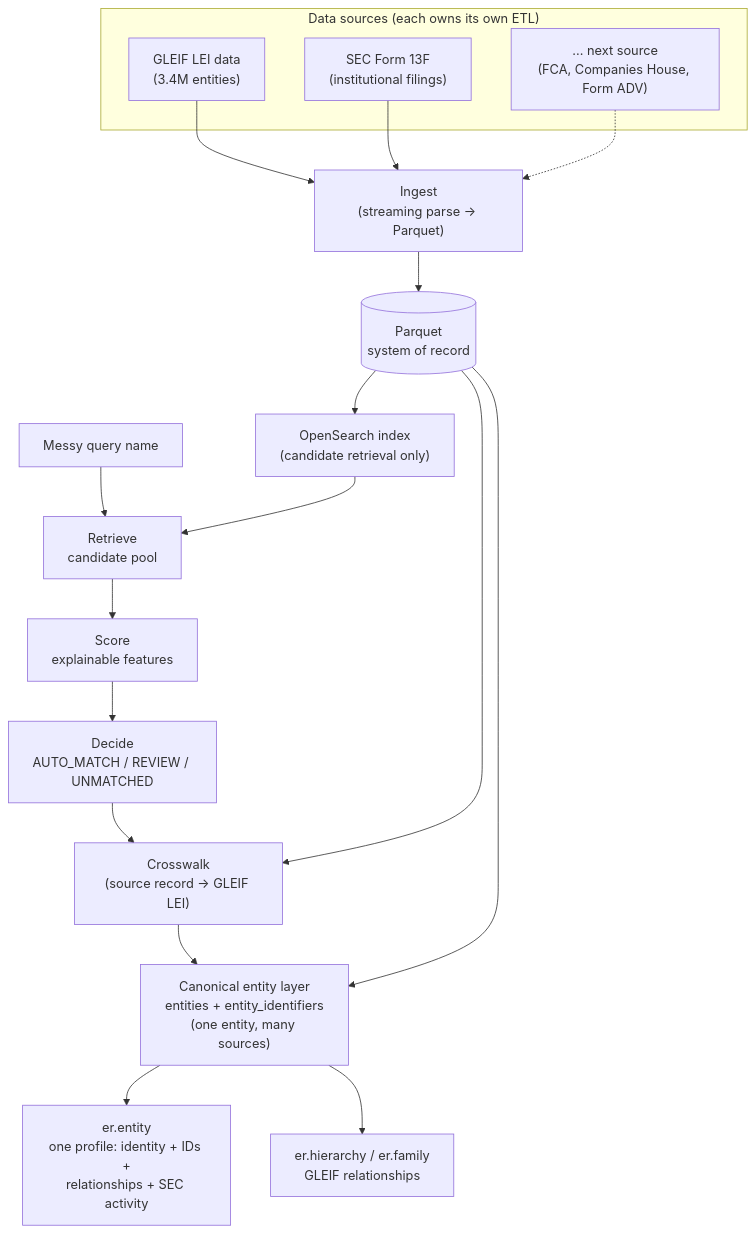
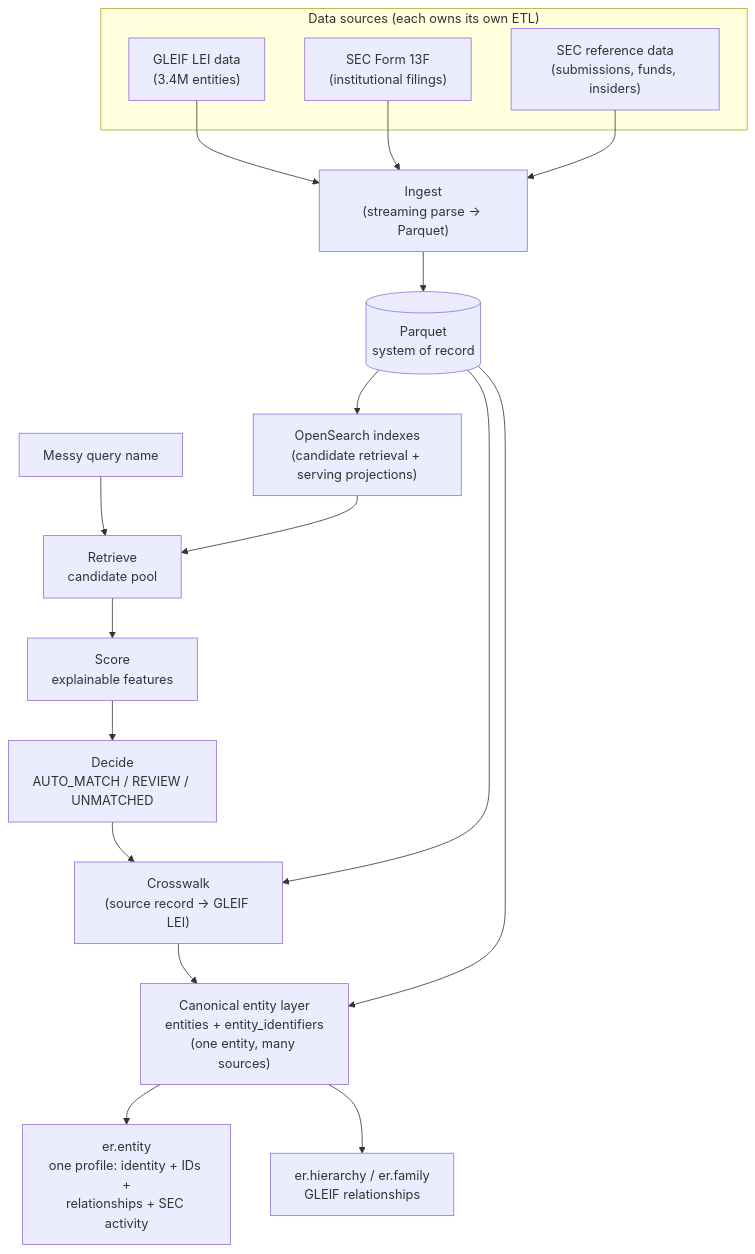
The first of 2 diagrams in README.md (yasir-khalid/institutional-entity-intelligence), drawn with Mermaid before and after one commit. The commit also changed other lines of this file and 143 other files, not shown here.

First line of the commit message:
Add nine data sources and a typed knowledge graph, serve the API from OpenSearch

````diff
--- a/README.md
+++ b/README.md
@@ -14,29 +16,29 @@
 ```mermaid
 flowchart TB
     subgraph sources["Data sources (each owns its own ETL)"]
         GLEIF["GLEIF LEI data\n(3.4M entities)"]
         SEC13F["SEC Form 13F\n(institutional filings)"]
-        FUTURE["... next source\n(FCA, Companies House, Form ADV)"]
+        SECREF["SEC reference data\n(submissions, funds, insiders)"]
     end
 
     GLEIF --> ingest["Ingest\n(streaming parse -> Parquet)"]
     SEC13F --> ingest
-    FUTURE -.-> ingest
+    SECREF --> ingest
 
     ingest --> parquet[("Parquet\nsystem of record")]
-    parquet --> index["OpenSearch index\n(candidate retrieval only)"]
+    parquet --> index["OpenSearch indexes\n(candidate retrieval + serving projections)"]
 
     query["Messy query name"] --> retrieve
     index --> retrieve["Retrieve\ncandidate pool"]
     retrieve --> score["Score\nexplainable features"]
     score --> decide["Decide\nAUTO_MATCH / REVIEW / UNMATCHED"]
 
     decide --> crosswalk["Crosswalk\n(source record -> GLEIF LEI)"]
     parquet --> crosswalk
 
     crosswalk --> canonical["Canonical entity layer\nentities + entity_identifiers\n(one entity, many sources)"]
     parquet --> canonical
 
     canonical --> profile["er.entity\none profile: identity + IDs +\nrelationships + SEC activity"]
     canonical --> hierarchy["er.hierarchy / er.family\nGLEIF relationships"]
 ```
````
